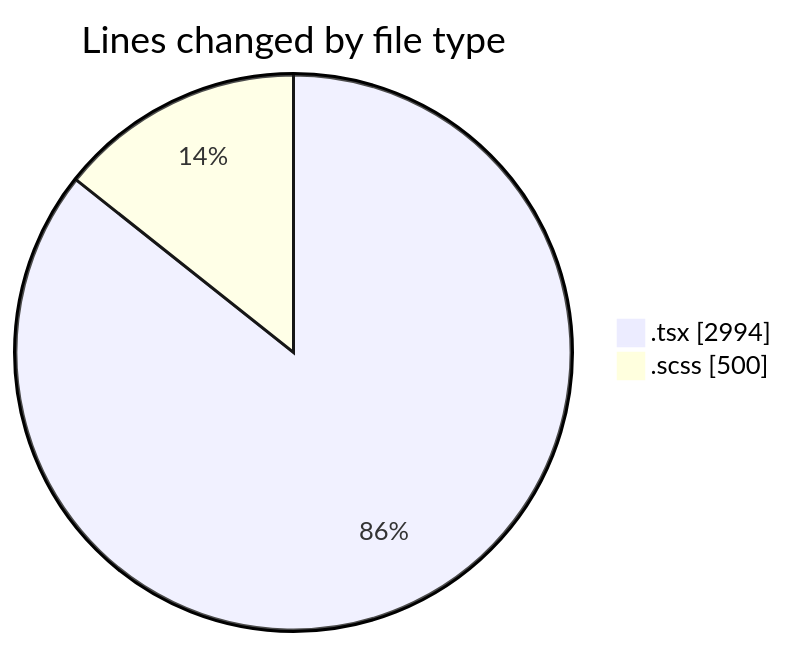
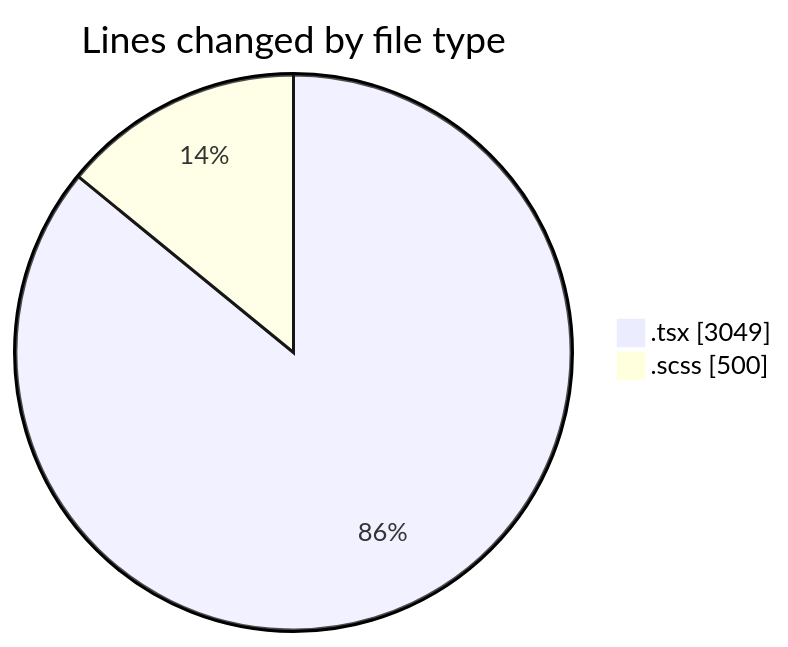
One commit to momahboobian/code-tracking changed the first of 2 diagrams in 2025-04-10/cda/README.md. Above: the diagram before and after it, drawn with Mermaid. The commit also changed other lines of this file and 1 other file, not shown here.

````diff
--- a/2025-04-10/cda/README.md
+++ b/2025-04-10/cda/README.md
@@ -26,6 +26,6 @@
 ```mermaid
 pie showData
 title Lines changed by file type
-".tsx" : 2994
+".tsx" : 3049
 ".scss" : 500
 ```
````
